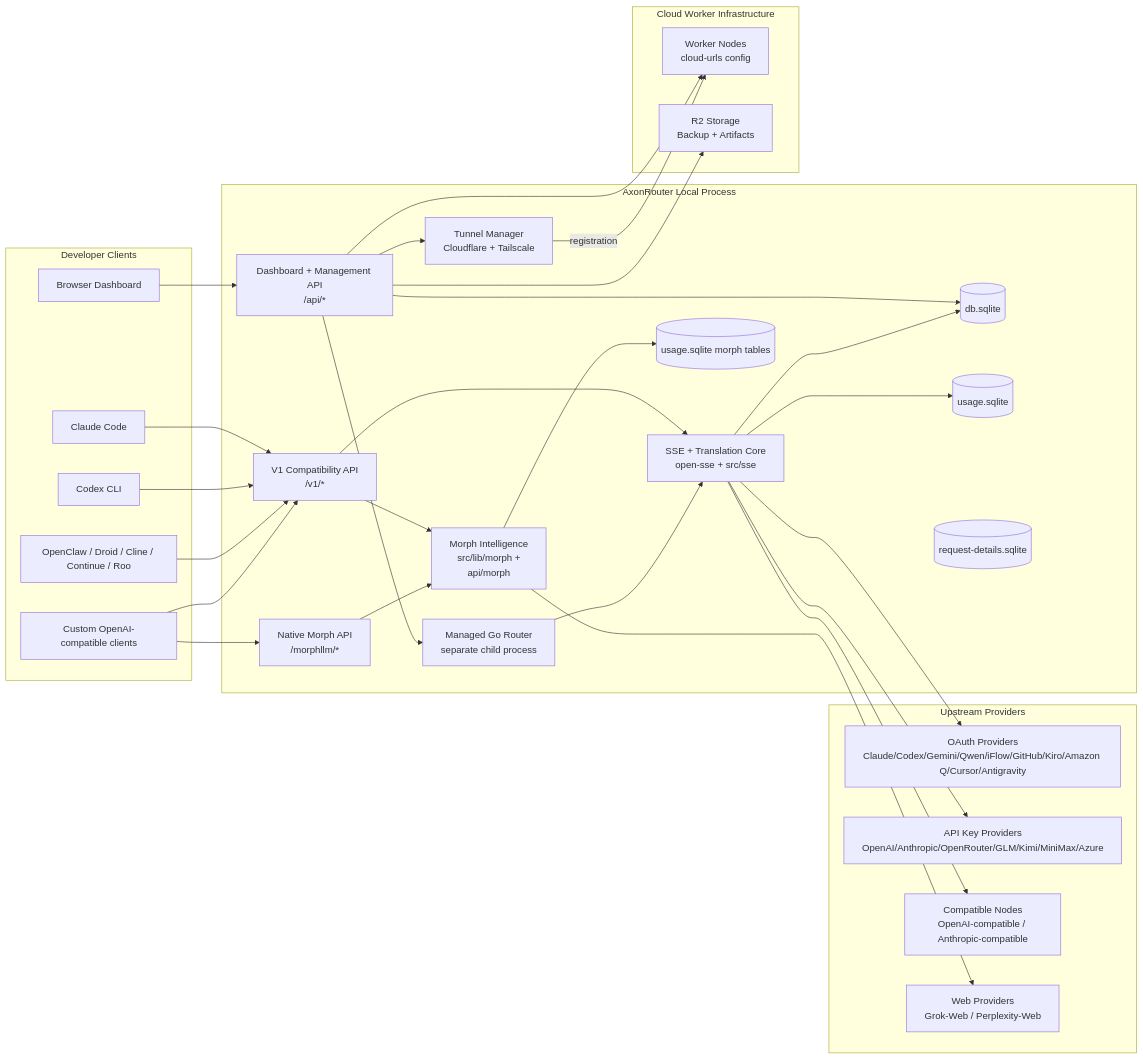
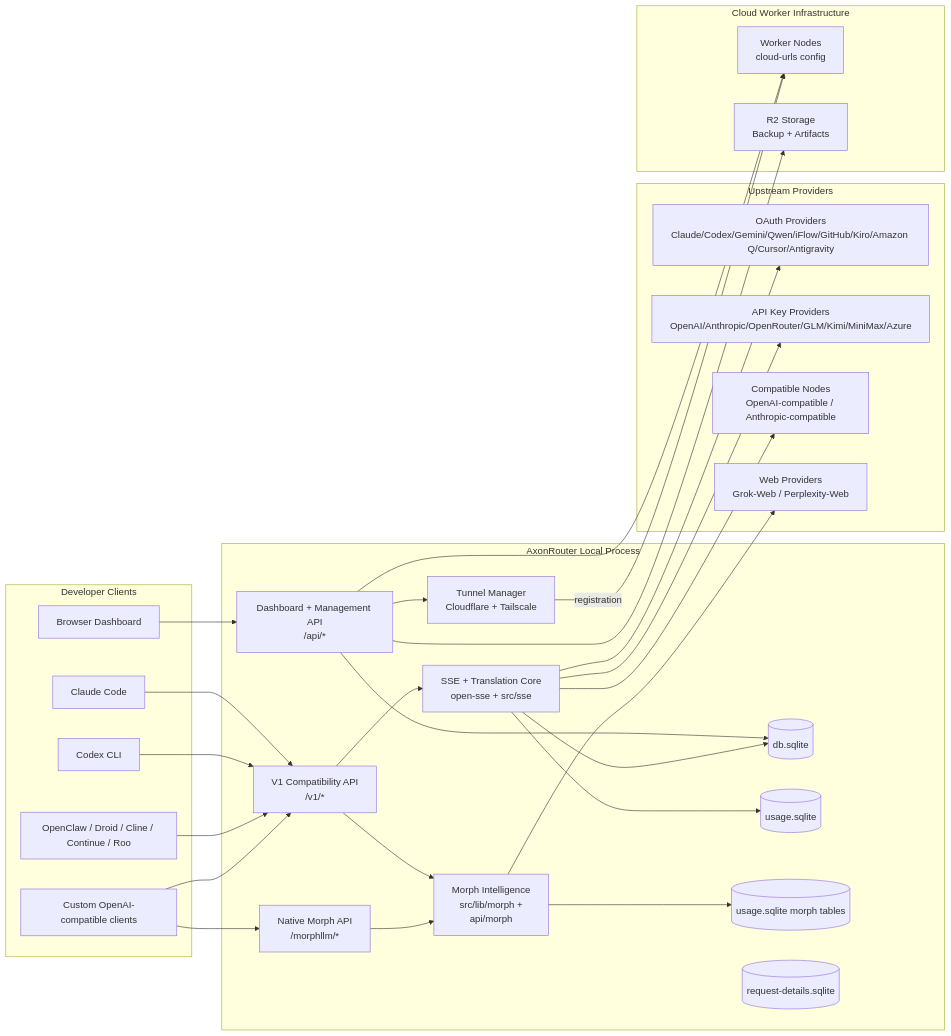
One commit to rickicode/AxonRouter changed the first of 8 diagrams in docs/ARCHITECTURE.md. Above: the diagram before and after it, drawn with Mermaid. The commit also changed other lines of this file and 10 other files, not shown here.

````diff
--- a/docs/ARCHITECTURE.md
+++ b/docs/ARCHITECTURE.md
@@ -66,63 +66,60 @@
 ```mermaid
 flowchart LR
     subgraph Clients[Developer Clients]
         C1[Claude Code]
         C2[Codex CLI]
         C3[OpenClaw / Droid / Cline / Continue / Roo]
         C4[Custom OpenAI-compatible clients]
         BROWSER[Browser Dashboard]
     end
 
     subgraph Router[AxonRouter Local Process]
         API[V1 Compatibility API\n/v1/*]
         MORPHHTTP[Native Morph API\n/morphllm/*]
         DASH[Dashboard + Management API\n/api/*]
         CORE[SSE + Translation Core\nopen-sse + src/sse]
         MORPH[Morph Intelligence\nsrc/lib/morph +\napi/morph]
         TUNNEL[Tunnel Manager\nCloudflare + Tailscale]
-        GOROUTER[Managed Go Router\nseparate child process]
         DB[(db.sqlite)]
         UDB[(usage.sqlite)]
         MDB[(usage.sqlite morph tables)]
         RDB[(request-details.sqlite)]
     end
 
     subgraph Upstreams[Upstream Providers]
         P1[OAuth Providers\nClaude/Codex/Gemini/Qwen/iFlow/GitHub/Kiro/Amazon Q/Cursor/Antigravity]
         P2[API Key Providers\nOpenAI/Anthropic/OpenRouter/GLM/Kimi/MiniMax/Azure]
         P3[Compatible Nodes\nOpenAI-compatible / Anthropic-compatible]
         P4[Web Providers\nGrok-Web / Perplexity-Web]
     end
 
     subgraph Cloud[Cloud Worker Infrastructure]
         WORKER[Worker Nodes\ncloud-urls config]
         R2[R2 Storage\nBackup + Artifacts]
     end
 
     C1 --> API
     C2 --> API
     C3 --> API
     C4 --> API
     C4 --> MORPHHTTP
     BROWSER --> DASH
 
     API --> CORE
     API --> MORPH
     MORPHHTTP --> MORPH
     DASH --> DB
     DASH --> TUNNEL
-    DASH --> GOROUTER
     CORE --> DB
     CORE --> UDB
     MORPH --> MDB
     MORPH --> P4
-    GOROUTER --> CORE
 
     CORE --> P1
     CORE --> P2
     CORE --> P3
 
     DASH --> WORKER
     DASH --> R2
     TUNNEL -->|registration| WORKER
 ```
````
